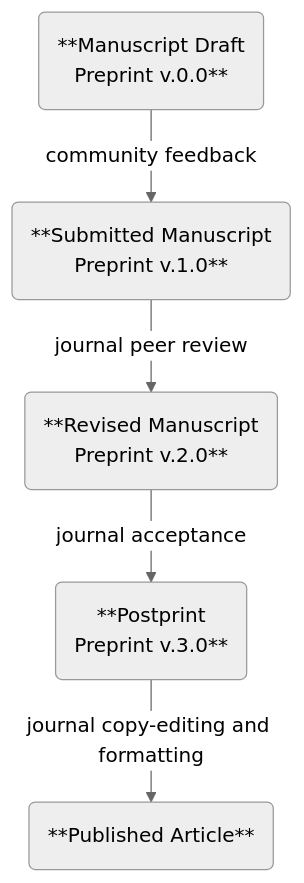
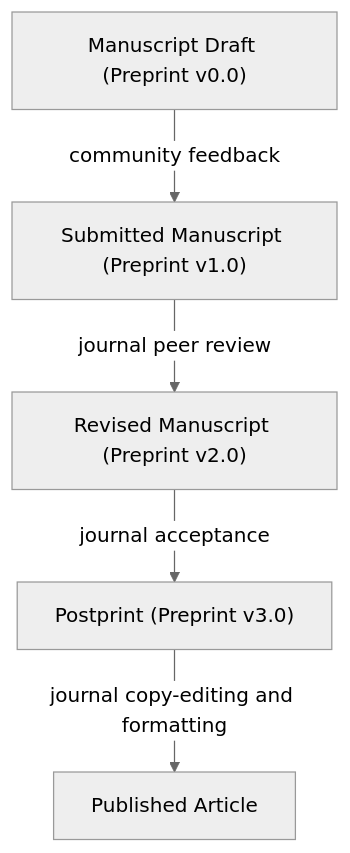
The diagram in training/research-cycle-handbook/04-preserve-and-share.qmd (lmu-osc/lmu-osc.github.io), drawn with Mermaid (neutral theme) before and after one commit. The commit also changed other lines of this file and 2 other files, not shown here.

First line of the commit message:
Fix mermaid diagram in chapter 4 of handbook (#559)

````diff
--- a/training/research-cycle-handbook/04-preserve-and-share.qmd
+++ b/training/research-cycle-handbook/04-preserve-and-share.qmd
@@ -994,15 +1010,8 @@
 ```{mermaid}
----
-config:
-  look: classic
----
-flowchart TB
-    A("**Manuscript Draft
-    Preprint v.0.0**") -- community feedback --> B("**Submitted Manuscript
-    Preprint v.1.0**")
-    B -- journal peer review --> C("**Revised Manuscript
-    Preprint v.2.0**")
-    C -- journal acceptance --> D("**Postprint
-    Preprint v.3.0**")
-    D -- "journal copy-editing and formatting" --> E("**Published Article**")
+%%| label: fig:preprint-versions
+flowchart TD
+  A["Manuscript Draft (Preprint v0.0)"] -->|community feedback| B["Submitted Manuscript (Preprint v1.0)"]
+  B -->|journal peer review| C["Revised Manuscript (Preprint v2.0)"]
+  C -->|journal acceptance| D["Postprint (Preprint v3.0)"]
+    D -->|journal copy-editing and formatting| E["Published Article"]
 ```
````
